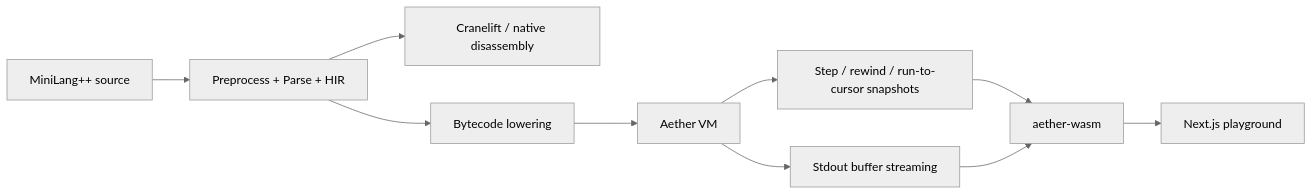
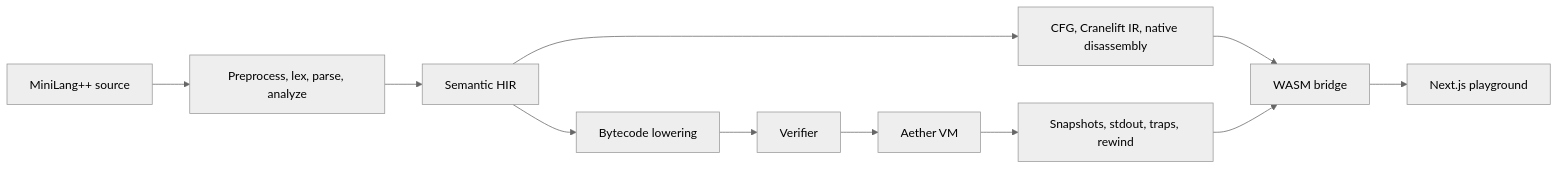
Before and after one commit to Ahmadhassan30/Aether: the diagram in README.md, drawn with Mermaid (neutral theme). The commit also changed other lines of this file and 1 other file, not shown here.

````diff
--- a/README.md
+++ b/README.md
@@ -24,12 +89,13 @@
 ```mermaid
 flowchart LR
-  Source[MiniLang++ source] --> Parser[Preprocess + Parse + HIR]
-  Parser --> Codegen[Cranelift / native disassembly]
-  Parser --> Lower[Bytecode lowering]
-  Lower --> VM[Aether VM]
-  VM --> Snapshot[Step / rewind / run-to-cursor snapshots]
-  VM --> Console[Stdout buffer streaming]
-  Snapshot --> WASM[aether-wasm]
-  Console --> WASM
-  WASM --> Web[Next.js playground]
+  Source[MiniLang++ source] --> Parser[Preprocess, lex, parse, analyze]
+  Parser --> HIR[Semantic HIR]
+  HIR --> Native[CFG, Cranelift IR, native disassembly]
+  HIR --> Lower[Bytecode lowering]
+  Lower --> Verify[Verifier]
+  Verify --> VM[Aether VM]
+  VM --> Snapshots[Snapshots, stdout, traps, rewind]
+  Native --> Wasm[WASM bridge]
+  Snapshots --> Wasm
+  Wasm --> Web[Next.js playground]
 ```
````
